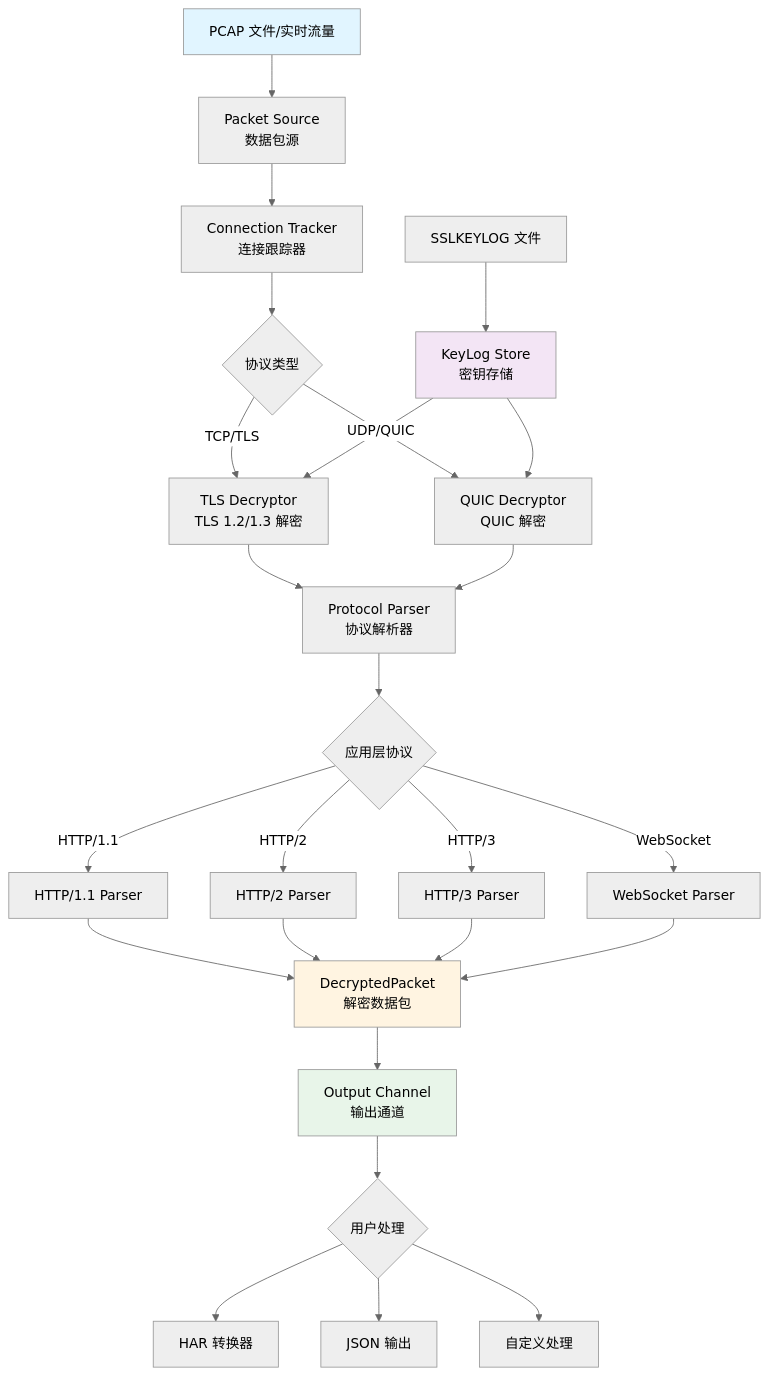
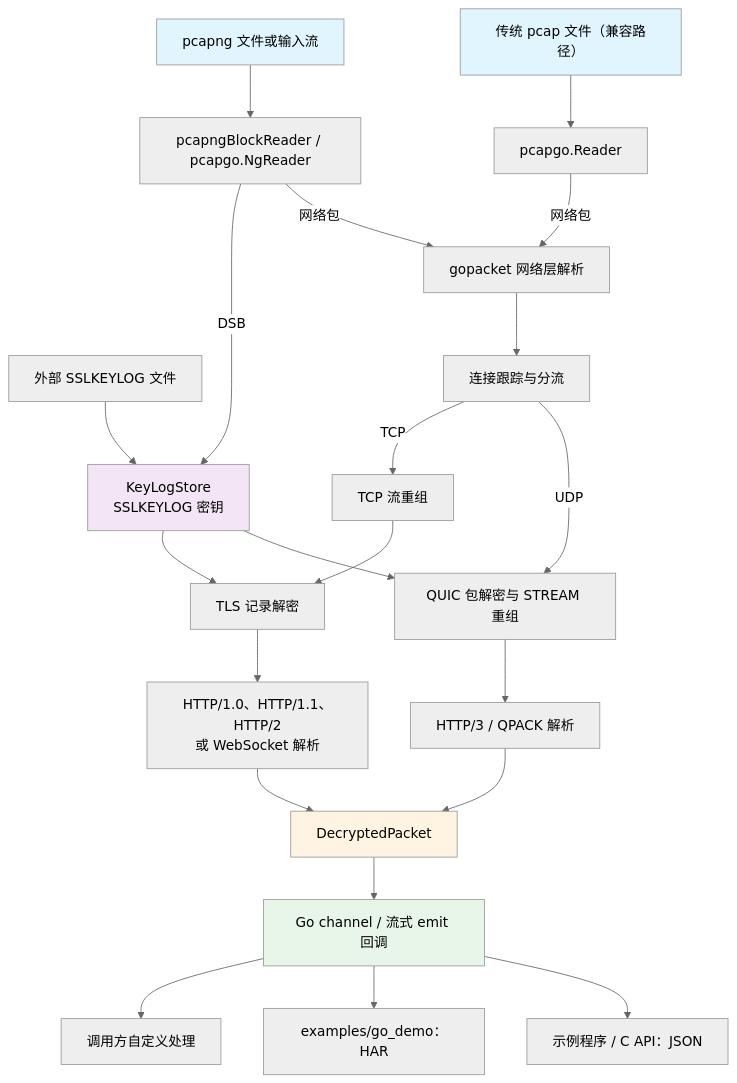
One commit to gojue/ecapture_decryptor changed the first of 2 diagrams in README.md. Above: the diagram before and after it, drawn with Mermaid (neutral theme). The commit also changed other lines of this file and 88 other files, not shown here.

First line of the commit message:
feat: decrypt pcapng with external keylogs and DSBs

````diff
--- a/README.md
+++ b/README.md
@@ -358,39 +393,29 @@
 ```mermaid
 flowchart TD
-    A[PCAP 文件/实时流量] --> B[Packet Source<br/>数据包源]
-    B --> C[Connection Tracker<br/>连接跟踪器]
-    
-    C --> D{协议类型}
-    D -->|TCP/TLS| E[TLS Decryptor<br/>TLS 1.2/1.3 解密]
-    D -->|UDP/QUIC| F[QUIC Decryptor<br/>QUIC 解密]
-    
-    G[SSLKEYLOG 文件] --> H[KeyLog Store<br/>密钥存储]
-    H --> E
-    H --> F
-    
-    E --> I[Protocol Parser<br/>协议解析器]
-    F --> I
-    
-    I --> J{应用层协议}
-    J -->|HTTP/1.1| K[HTTP/1.1 Parser]
-    J -->|HTTP/2| L[HTTP/2 Parser]
-    J -->|HTTP/3| M[HTTP/3 Parser]
-    J -->|WebSocket| N[WebSocket Parser]
-    
-    K --> O[DecryptedPacket<br/>解密数据包]
-    L --> O
-    M --> O
-    N --> O
-    
-    O --> P[Output Channel<br/>输出通道]
-    
-    P --> Q{用户处理}
-    Q --> R[HAR 转换器]
-    Q --> S[JSON 输出]
-    Q --> T[自定义处理]
-    
-    style A fill:#e1f5ff
-    style O fill:#fff4e1
-    style P fill:#e8f5e9
-    style H fill:#f3e5f5
+    Pcapng["pcapng 文件或输入流"] --> NgReader["pcapngBlockReader / pcapgo.NgReader"]
+    Pcap["传统 pcap 文件（兼容路径）"] --> PcapReader["pcapgo.Reader"]
+    NgReader -->|DSB| KeyLog["KeyLogStore<br/>SSLKEYLOG 密钥"]
+    External["外部 SSLKEYLOG 文件"] --> KeyLog
+    NgReader -->|网络包| Decoder["gopacket 网络层解析"]
+    PcapReader -->|网络包| Decoder
+    Decoder --> Tracker["连接跟踪与分流"]
+    Tracker -->|TCP| TCP["TCP 流重组"]
+    TCP --> TLS["TLS 记录解密"]
+    Tracker -->|UDP| QUIC["QUIC 包解密与 STREAM 重组"]
+    KeyLog --> TLS
+    KeyLog --> QUIC
+    TLS --> HTTP["HTTP/1.0、HTTP/1.1、HTTP/2<br/>或 WebSocket 解析"]
+    QUIC --> HTTP3["HTTP/3 / QPACK 解析"]
+    HTTP --> Packet["DecryptedPacket"]
+    HTTP3 --> Packet
+    Packet --> Output["Go channel / 流式 emit 回调"]
+    Output --> Custom["调用方自定义处理"]
+    Output --> HAR["examples/go_demo：HAR"]
+    Output --> JSON["示例程序 / C API：JSON"]
+
+    style Pcapng fill:#e1f5ff
+    style Pcap fill:#e1f5ff
+    style KeyLog fill:#f3e5f5
+    style Packet fill:#fff4e1
+    style Output fill:#e8f5e9
 ```
````
